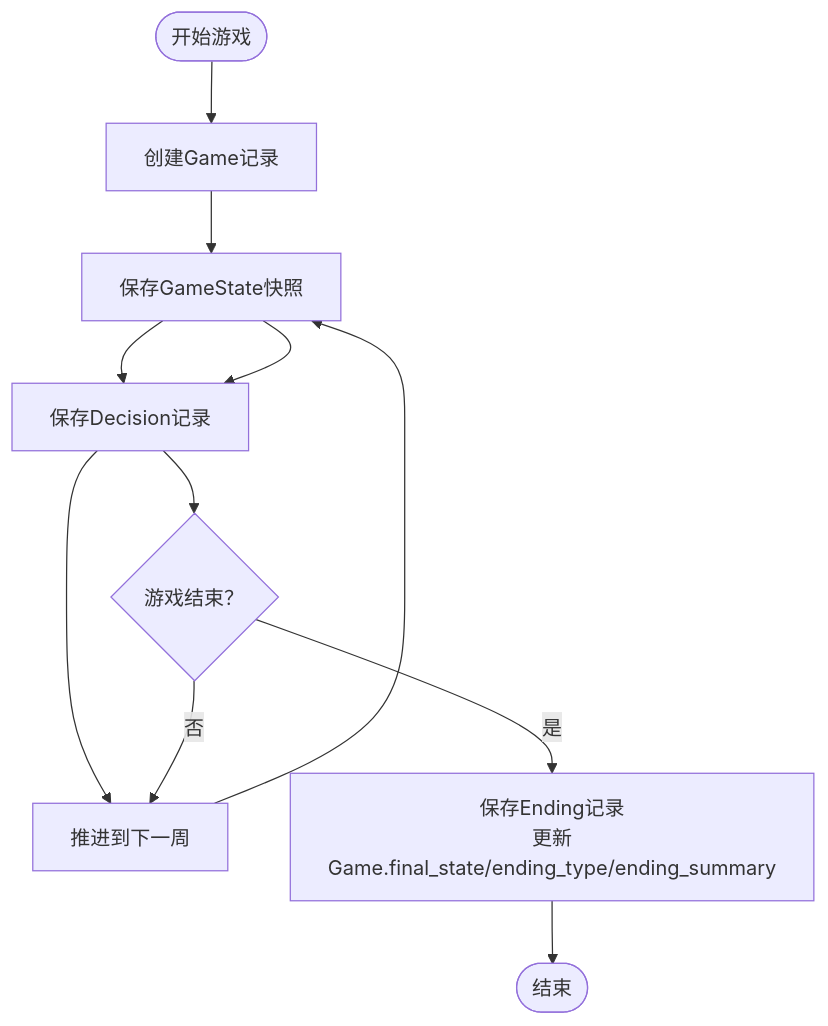
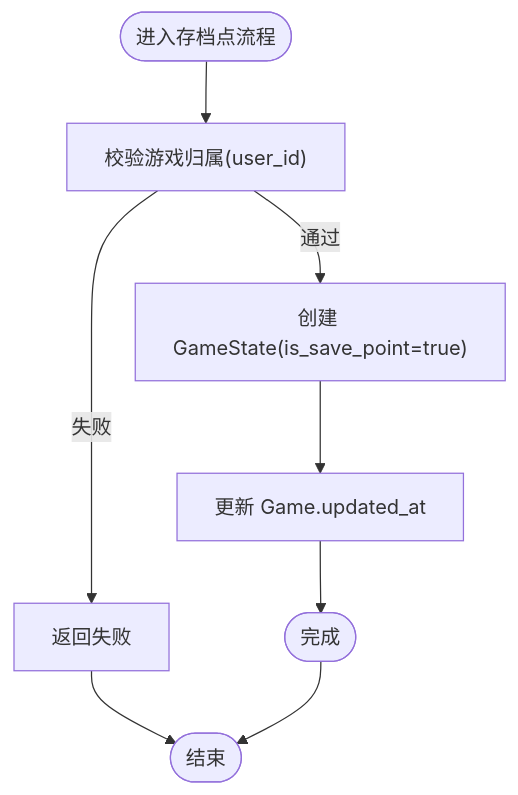
The fifth of 8 diagrams in .qoder/repowiki/zh/content/数据库设计.md (cc-chen-tech/LifeDraft), drawn with Mermaid before and after one commit. The commit also changed other lines of this file and 194 other files, not shown here.

````diff
--- a/.qoder/repowiki/zh/content/数据库设计.md
+++ b/.qoder/repowiki/zh/content/数据库设计.md
@@ -181,13 +328,10 @@
 ```mermaid
 flowchart TD
-Start(["开始游戏"]) --> CreateGame["创建Game记录"]
-CreateGame --> SaveState["保存GameState快照"]
-SaveState --> SaveDecision["保存Decision记录"]
-SaveDecision --> AdvanceWeek["推进到下一周"]
-AdvanceWeek --> SaveState
-SaveState --> SaveDecision
-SaveDecision --> CheckEnd{"游戏结束？"}
-CheckEnd --> |否| AdvanceWeek
-CheckEnd --> |是| SaveEnding["保存Ending记录<br/>更新Game.final_state/ending_type/ending_summary"]
-SaveEnding --> End(["结束"])
+Start(["进入存档点流程"]) --> CheckPerm["校验游戏归属(user_id)"]
+CheckPerm --> |通过| CreateSP["创建 GameState(is_save_point=true)"]
+CheckPerm --> |失败| Deny["返回失败"]
+CreateSP --> UpdateGame["更新 Game.updated_at"]
+UpdateGame --> Done(["完成"])
+Deny --> End(["结束"])
+Done --> End
 ```
````
